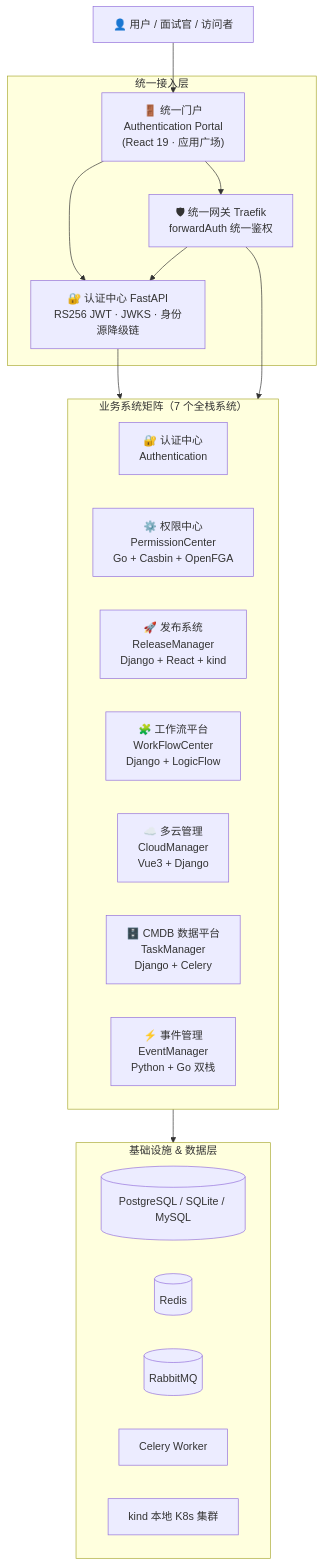
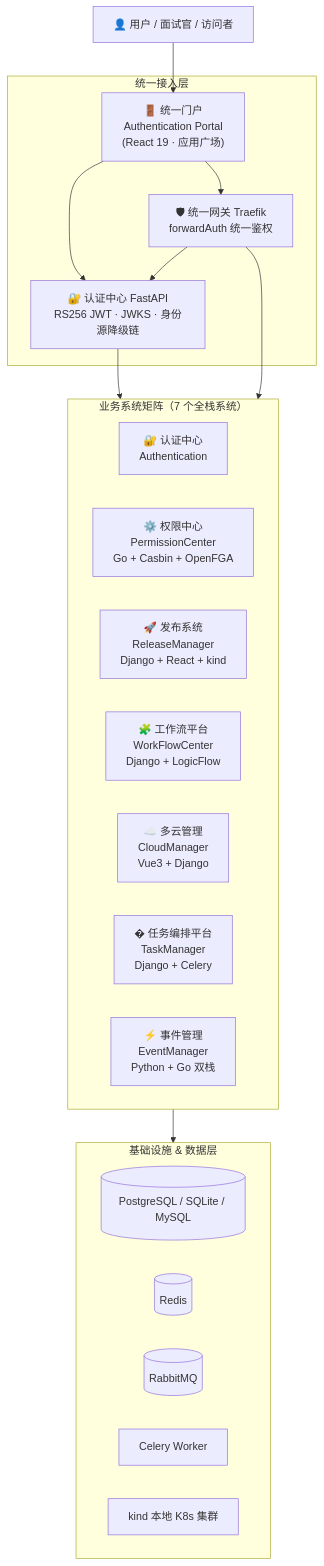
The first of 5 diagrams in docs/overall-architecture.md (Ailexc/devops-platform), drawn with Mermaid before and after one commit. The commit also changed other lines of this file and 3 other files, not shown here.

Commit message:
docs(narrative): 跨系统叙事一致性批次A——TaskManager标题正名+遗留命名声明、平台架构图标注修正+数据边界原则、02-CM CMDB定位声明（读写分离口径）、EventManager数据自治句

````diff
--- a/docs/overall-architecture.md
+++ b/docs/overall-architecture.md
@@ -10,36 +10,36 @@
 ```mermaid
 flowchart TB
     USER["👤 用户 / 面试官 / 访问者"]
 
     subgraph PORTAL["统一接入层"]
         P["🚪 统一门户<br/>Authentication Portal<br/>(React 19 · 应用广场)"]
         GW["🛡 统一网关 Traefik<br/>forwardAuth 统一鉴权"]
         AUTH["🔐 认证中心 FastAPI<br/>RS256 JWT · JWKS · 身份源降级链"]
     end
 
     subgraph SYS["业务系统矩阵（7 个全栈系统）"]
         S1["🔐 认证中心<br/>Authentication"]
         S2["⚙️ 权限中心<br/>PermissionCenter<br/>Go + Casbin + OpenFGA"]
         S3["🚀 发布系统<br/>ReleaseManager<br/>Django + React + kind"]
         S4["🧩 工作流平台<br/>WorkFlowCenter<br/>Django + LogicFlow"]
         S5["☁️ 多云管理<br/>CloudManager<br/>Vue3 + Django"]
-        S6["🗄️ CMDB 数据平台<br/>TaskManager<br/>Django + Celery"]
+        S6["� 任务编排平台<br/>TaskManager<br/>Django + Celery"]
         S7["⚡ 事件管理<br/>EventManager<br/>Python + Go 双栈"]
     end
 
     subgraph INFRA["基础设施 & 数据层"]
         DB[("PostgreSQL / SQLite / MySQL")]
         CACHE[("Redis")]
         MQ[("RabbitMQ")]
         WORKER["Celery Worker"]
         K8S["kind 本地 K8s 集群"]
     end
 
     USER --> P
     P --> GW
     P --> AUTH
     GW --> AUTH
     AUTH --> SYS
     GW --> SYS
     SYS --> INFRA
 ```
````
